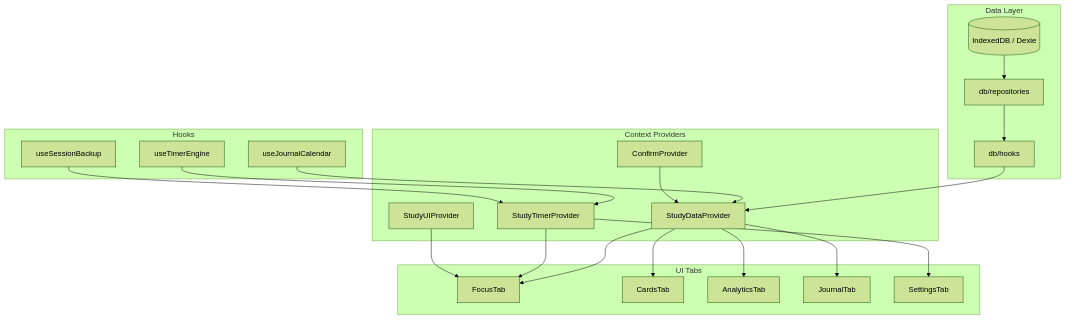
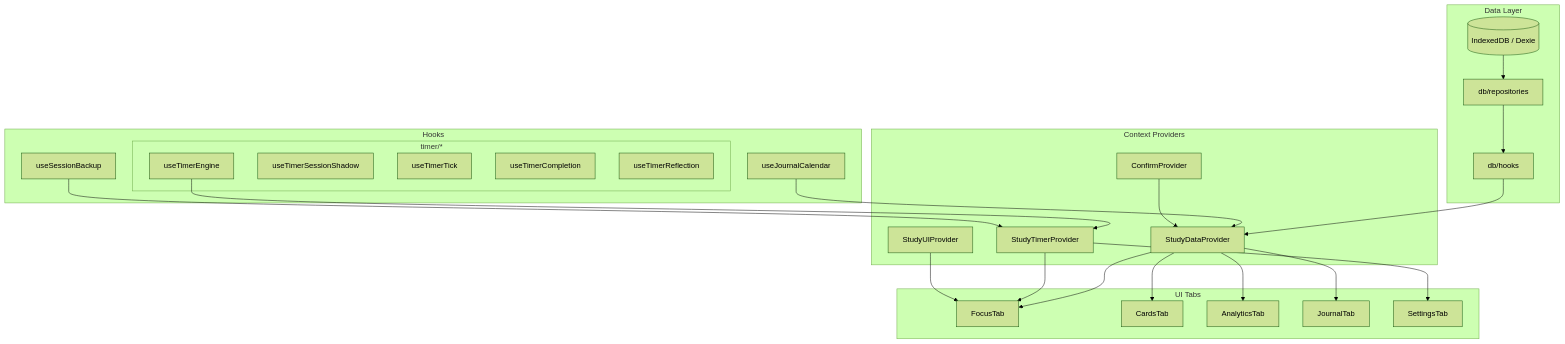
The first of 2 diagrams in ARCHITECTURE.md (Sankalpa-KMCP/StudyApp), drawn with Mermaid (forest theme) before and after one commit. The commit also changed other lines of this file and 93 other files, not shown here.

````diff
--- a/ARCHITECTURE.md
+++ b/ARCHITECTURE.md
@@ -7,40 +7,46 @@
 ```mermaid
 flowchart TB
   subgraph data [Data Layer]
     db[(IndexedDB / Dexie)]
     repos[db/repositories]
     dbHooks[db/hooks]
   end
   subgraph hooks [Hooks]
-    timer[useTimerEngine]
+    subgraph timerHooks [timer/*]
+      timerEngine[useTimerEngine]
+      timerShadow[useTimerSessionShadow]
+      timerTick[useTimerTick]
+      timerComplete[useTimerCompletion]
+      timerReflect[useTimerReflection]
+    end
     backup[useSessionBackup]
     journal[useJournalCalendar]
   end
   subgraph context [Context Providers]
     confirmP[ConfirmProvider]
     dataP[StudyDataProvider]
     timerP[StudyTimerProvider]
     uiP[StudyUIProvider]
   end
   subgraph ui [UI Tabs]
     focus[FocusTab]
     cards[CardsTab]
     analytics[AnalyticsTab]
     journalTab[JournalTab]
     settings[SettingsTab]
   end
   db --> repos
   repos --> dbHooks
   dbHooks --> dataP
-  timer --> timerP
+  timerEngine --> timerP
   backup --> timerP
   journal --> dataP
   confirmP --> dataP
   dataP --> focus
   timerP --> focus
   uiP --> focus
   dataP --> cards
   dataP --> analytics
   dataP --> journalTab
   timerP --> settings
 ```
````
